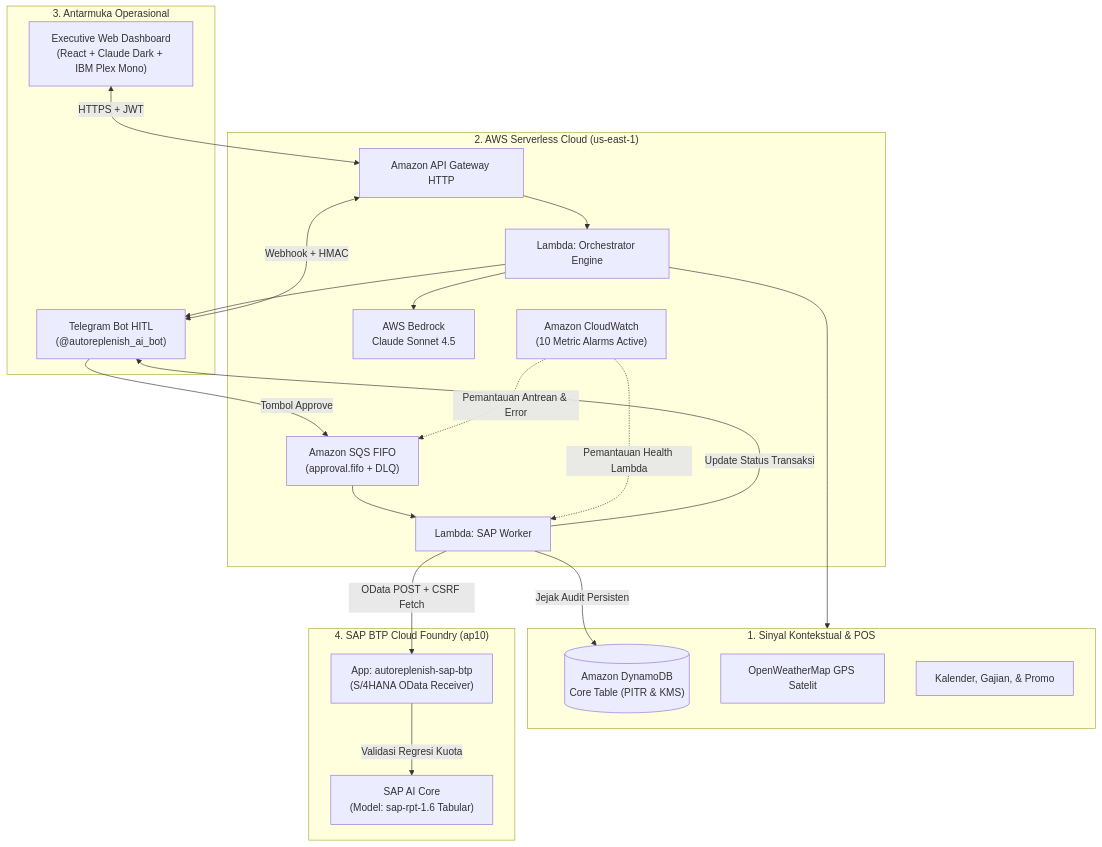
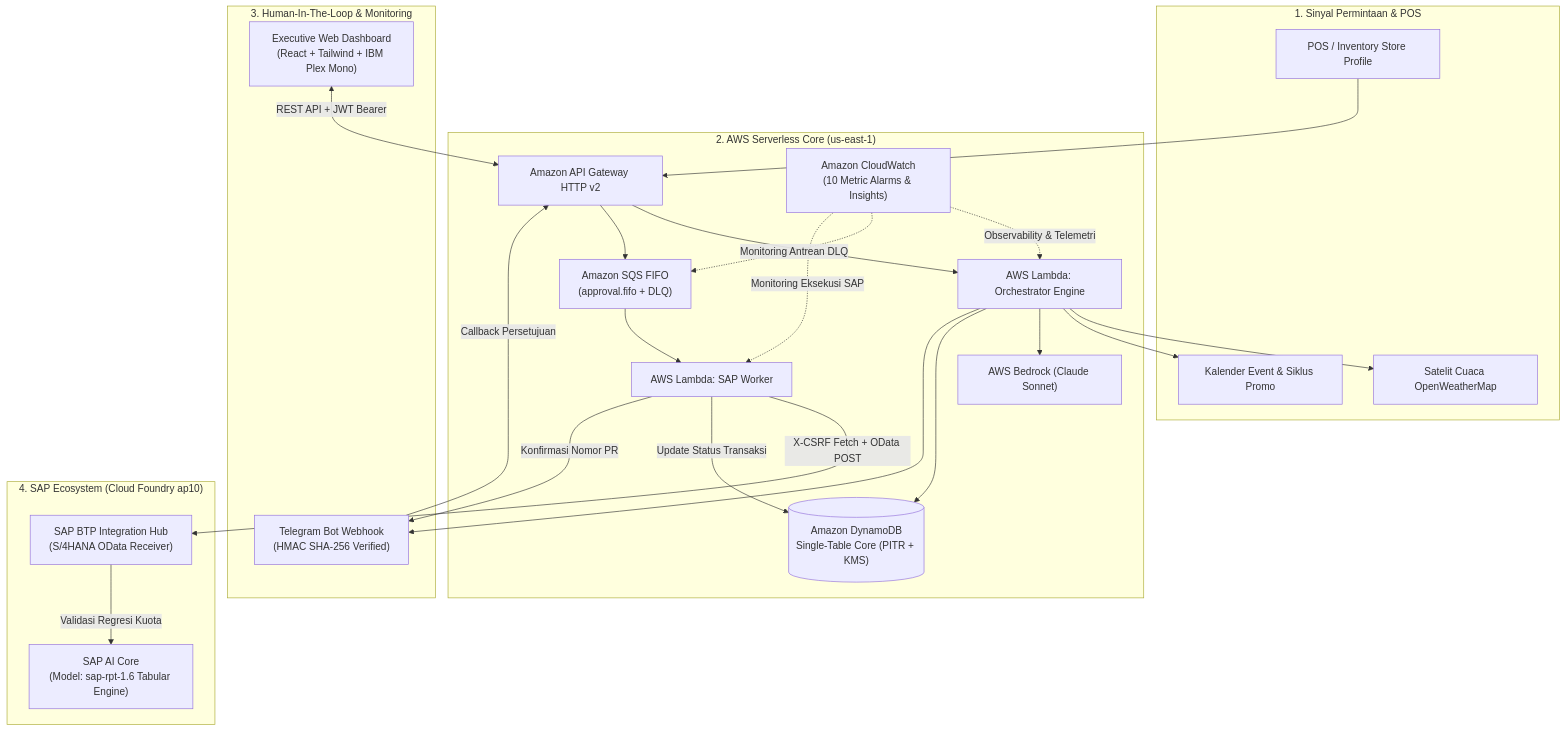
One commit to nay-f/Autoreplenish.AI changed the diagram in README.md. Above: the diagram before and after it, drawn with Mermaid. The commit also changed other lines of this file, not shown here.

Commit message:
docs: revamp README to enterprise-grade production documentation

````diff
--- a/README.md
+++ b/README.md
@@ -24,44 +36,49 @@
 ```mermaid
 flowchart TD
-    subgraph SinyalEksternal ["1. Sinyal Kontekstual & POS"]
-        DDB[("Amazon DynamoDB\nCore Table (PITR & KMS)")]
-        OWM["OpenWeatherMap GPS Satelit"]
-        CAL["Kalender, Gajian, & Promo"]
+    subgraph Ingestion ["1. Sinyal Permintaan & POS"]
+        POS["POS / Inventory Store Profile"]
+        GPS["Satelit Cuaca OpenWeatherMap"]
+        CAL["Kalender Event & Siklus Promo"]
     end
 
-    subgraph AWSCloud ["2. AWS Serverless Cloud (us-east-1)"]
-        APIGW["Amazon API Gateway HTTP"]
-        L_Orch["Lambda: Orchestrator Engine"]
-        Bedrock["AWS Bedrock\nClaude Sonnet 4.5"]
+    subgraph AWS_Cloud ["2. AWS Serverless Core (us-east-1)"]
+        APIGW["Amazon API Gateway HTTP v2"]
+        L_Orch["AWS Lambda: Orchestrator Engine"]
+        Bedrock["AWS Bedrock (Claude Sonnet)"]
+        DDB[("Amazon DynamoDB\nSingle-Table Core (PITR + KMS)")]
         SQS["Amazon SQS FIFO\n(approval.fifo + DLQ)"]
-        L_Wrk["Lambda: SAP Worker"]
-        CW["Amazon CloudWatch\n(10 Metric Alarms Active)"]
+        L_Worker["AWS Lambda: SAP Worker"]
+        CW["Amazon CloudWatch\n(10 Metric Alarms & Insights)"]
     end
 
-    subgraph UserInterface ["3. Antarmuka Operasional"]
-        Dashboard["Executive Web Dashboard\n(React + Claude Dark + IBM Plex Mono)"]
-        Telegram["Telegram Bot HITL\n(@autoreplenish_ai_bot)"]
+    subgraph Governance ["3. Human-In-The-Loop & Monitoring"]
+        Telegram["Telegram Bot Webhook\n(HMAC SHA-256 Verified)"]
+        Dashboard["Executive Web Dashboard\n(React + Tailwind + IBM Plex Mono)"]
     end
 
-    subgraph SAPPlatform ["4. SAP BTP Cloud Foundry (ap10)"]
-        BTP["App: autoreplenish-sap-btp\n(S/4HANA OData Receiver)"]
-        AICore["SAP AI Core\n(Model: sap-rpt-1.6 Tabular)"]
+    subgraph Enterprise_ERP ["4. SAP Ecosystem (Cloud Foundry ap10)"]
+        BTP["SAP BTP Integration Hub\n(S/4HANA OData Receiver)"]
+        AICore["SAP AI Core\n(Model: sap-rpt-1.6 Tabular Engine)"]
     end
 
-    Dashboard <-->|HTTPS + JWT| APIGW
-    Telegram <-->|Webhook + HMAC| APIGW
+    POS --> APIGW
     APIGW --> L_Orch
-    L_Orch --> SinyalEksternal
+    L_Orch --> GPS
+    L_Orch --> CAL
     L_Orch --> Bedrock
+    L_Orch --> DDB
     L_Orch --> Telegram
 
-    Telegram -->|Tombol Approve| SQS
-    SQS --> L_Wrk
-    L_Wrk -->|OData POST + CSRF Fetch| BTP
+    Telegram -->|Callback Persetujuan| APIGW
+    APIGW --> SQS
+    SQS --> L_Worker
+    L_Worker -->|X-CSRF Fetch + OData POST| BTP
     BTP -->|Validasi Regresi Kuota| AICore
-    L_Wrk -->|Update Status Transaksi| Telegram
-    L_Wrk -->|Jejak Audit Persisten| DDB
+    L_Worker -->|Update Status Transaksi| DDB
+    L_Worker -->|Konfirmasi Nomor PR| Telegram
 
-    CW -.->|Pemantauan Antrean & Error| SQS
-    CW -.->|Pemantauan Health Lambda| L_Wrk
+    Dashboard <-->|REST API + JWT Bearer| APIGW
+    CW -.->|Observability & Telemetri| L_Orch
+    CW -.->|Monitoring Antrean DLQ| SQS
+    CW -.->|Monitoring Eksekusi SAP| L_Worker
 ```
````
